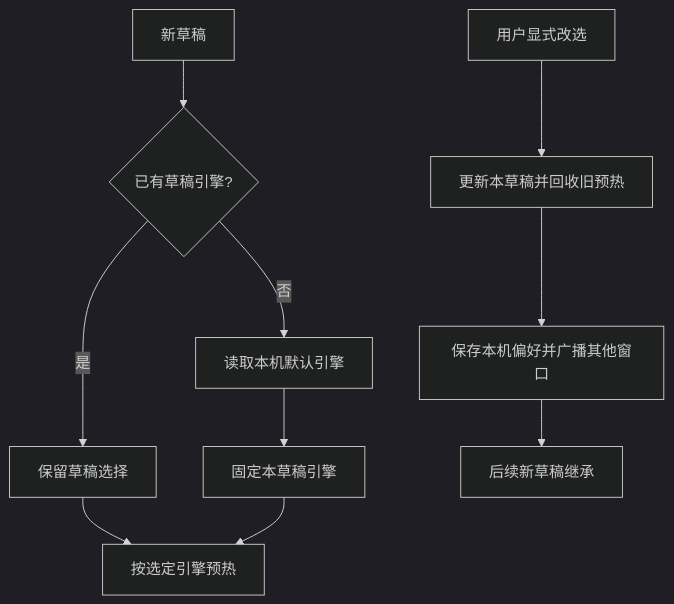
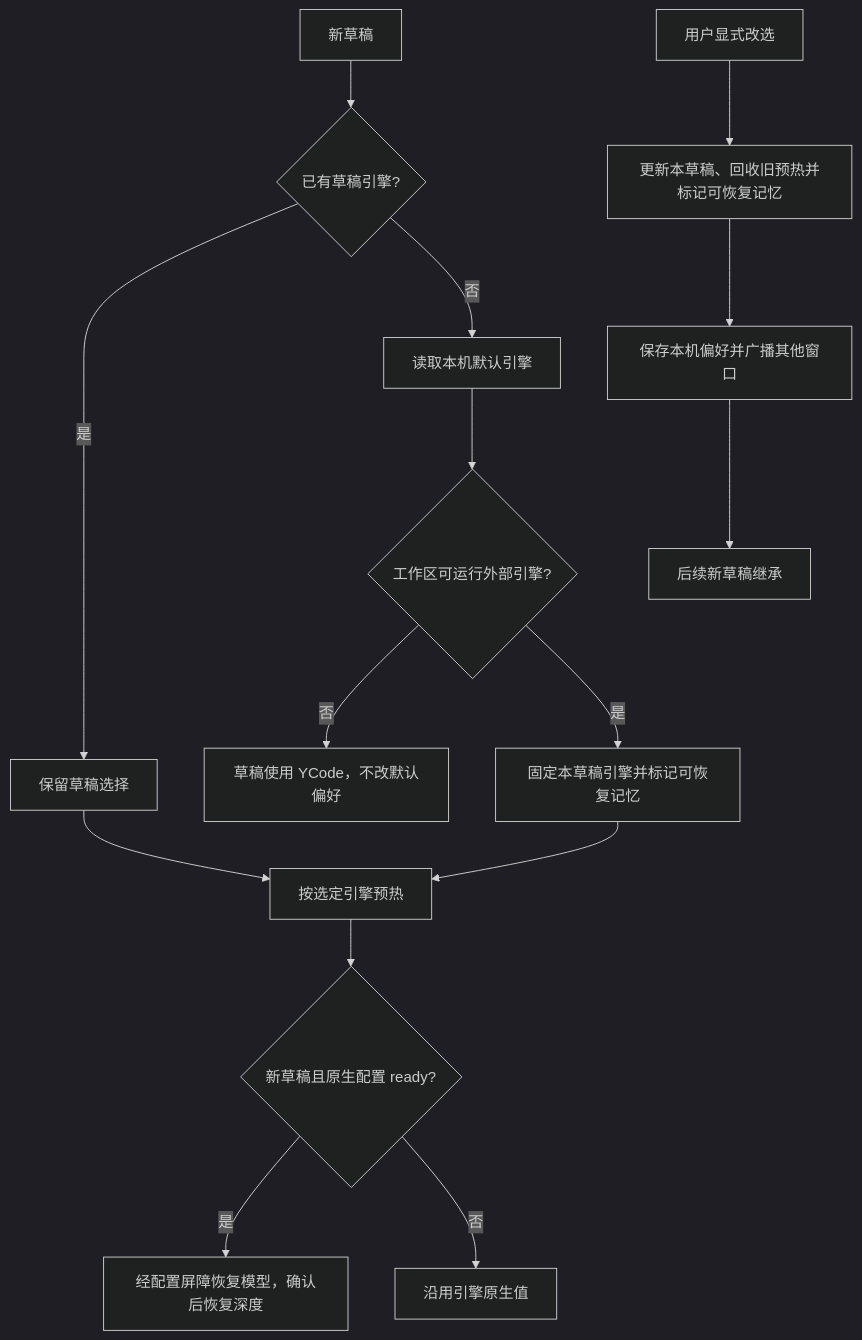
Before and after one commit to OpenX123/ZCode: diagram 11 of 12 in docs/desktop/external-agent-engines-spec.md, drawn with Mermaid (dark theme). The commit also changed other lines of this file and 26 other files, not shown here.

````diff
--- a/docs/desktop/external-agent-engines-spec.md
+++ b/docs/desktop/external-agent-engines-spec.md
@@ -501,12 +523,17 @@
 ```mermaid
 flowchart TD
     A[新草稿] --> B{已有草稿引擎?}
     B -- 是 --> C[保留草稿选择]
     B -- 否 --> D[读取本机默认引擎]
-    D --> E[固定本草稿引擎]
+    D --> K{工作区可运行外部引擎?}
+    K -- 否 --> L[草稿使用 YCode，不改默认偏好]
+    K -- 是 --> E[固定本草稿引擎并标记可恢复记忆]
     C --> F[按选定引擎预热]
     E --> F
-    G[用户显式改选] --> H[更新本草稿并回收旧预热]
+    F --> M{新草稿且原生配置 ready?}
+    M -- 是 --> N[经配置屏障恢复模型，确认后恢复深度]
+    M -- 否 --> O[沿用引擎原生值]
+    G[用户显式改选] --> H[更新本草稿、回收旧预热并标记可恢复记忆]
     H --> I[保存本机偏好并广播其他窗口]
     I --> J[后续新草稿继承]
 ```
````
